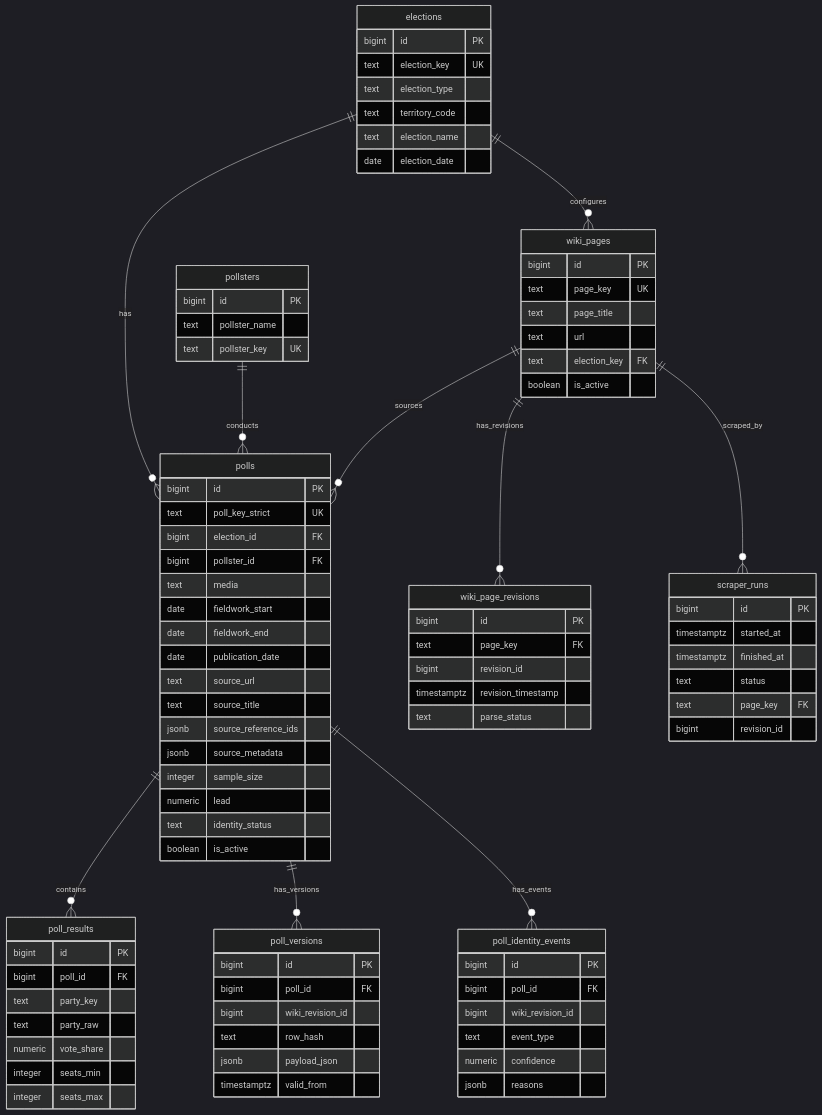
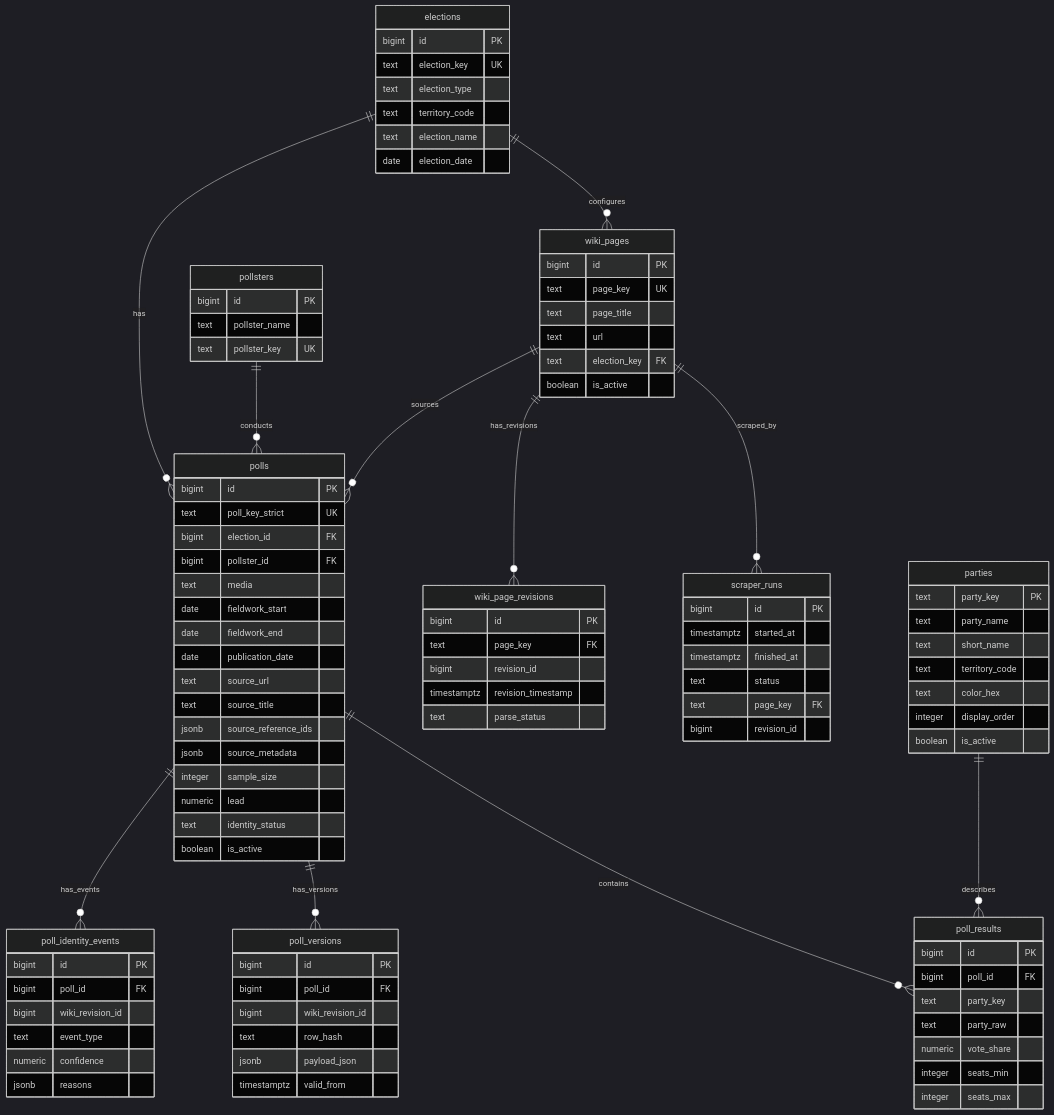
Before and after one commit to hmeleiro/spain-electoral-polls-etl: the diagram in docs/api-handoff/entity-relationship.md, drawn with Mermaid (dark theme). The commit also changed other lines of this file and 45 other files, not shown here.

```diff
--- a/docs/api-handoff/entity-relationship.md
+++ b/docs/api-handoff/entity-relationship.md
@@ -21,6 +21,7 @@
     wiki_pages ||--o{ polls : sources
     wiki_pages ||--o{ scraper_runs : scraped_by
     polls ||--o{ poll_results : contains
+    parties ||--o{ poll_results : describes
     polls ||--o{ poll_versions : has_versions
     polls ||--o{ poll_identity_events : has_events
 
@@ -37,6 +38,16 @@
         bigint id PK
         text pollster_name
         text pollster_key UK
+    }
+
+    parties {
+        text party_key PK
+        text party_name
+        text short_name
+        text territory_code
+        text color_hex
+        integer display_order
+        boolean is_active
     }
 
     polls {
```
